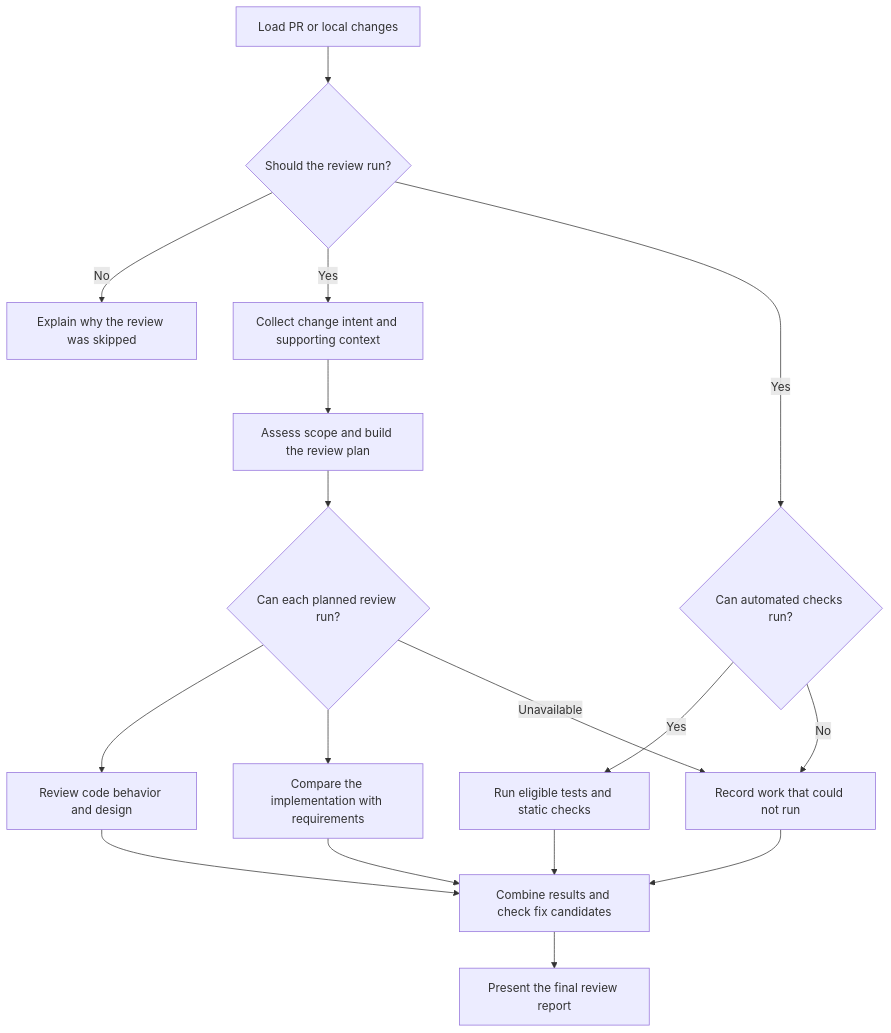
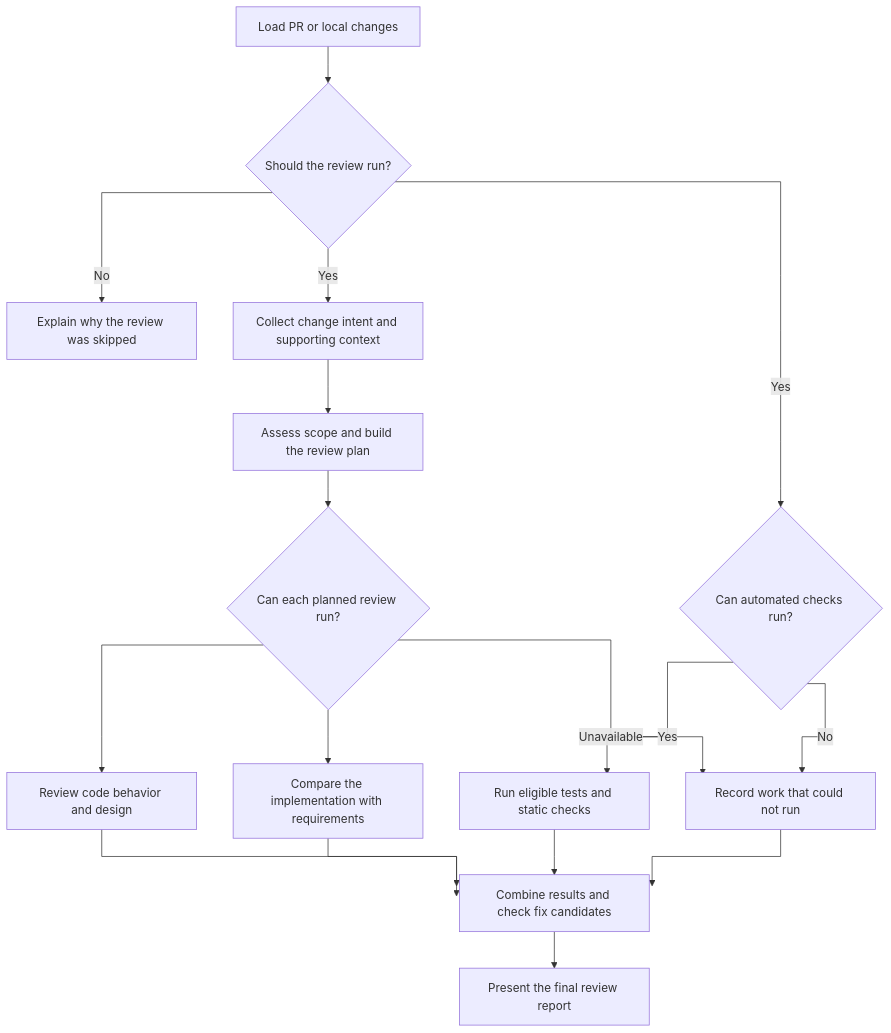
The diagram in README.md (takuto-san/review-pr), drawn with Mermaid before and after one commit. The commit also changed other lines of this file and 9 other files, not shown here.

````diff
--- a/README.md
+++ b/README.md
@@ -60,19 +92,20 @@
 ```mermaid
+%%{init: {"flowchart": {"curve": "stepAfter"}} }%%
 flowchart TD
     A[Load PR or local changes] --> B{Should the review run?}
     B -->|No| X[Explain why the review was skipped]
     B -->|Yes| C[Collect change intent and supporting context]
     B -->|Yes| E{Can automated checks run?}
     E -->|Yes| M[Run eligible tests and static checks]
     E -->|No| U[Record work that could not run]
     C --> P[Assess scope and build the review plan]
     P --> L{Can each planned review run?}
     L --> S[Review code behavior and design]
     L --> T[Compare the implementation with requirements]
     L -->|Unavailable| U
     M --> V[Combine results and check fix candidates]
     S --> V
     T --> V
     U --> V
     V --> R[Present the final review report]
 ```
````
